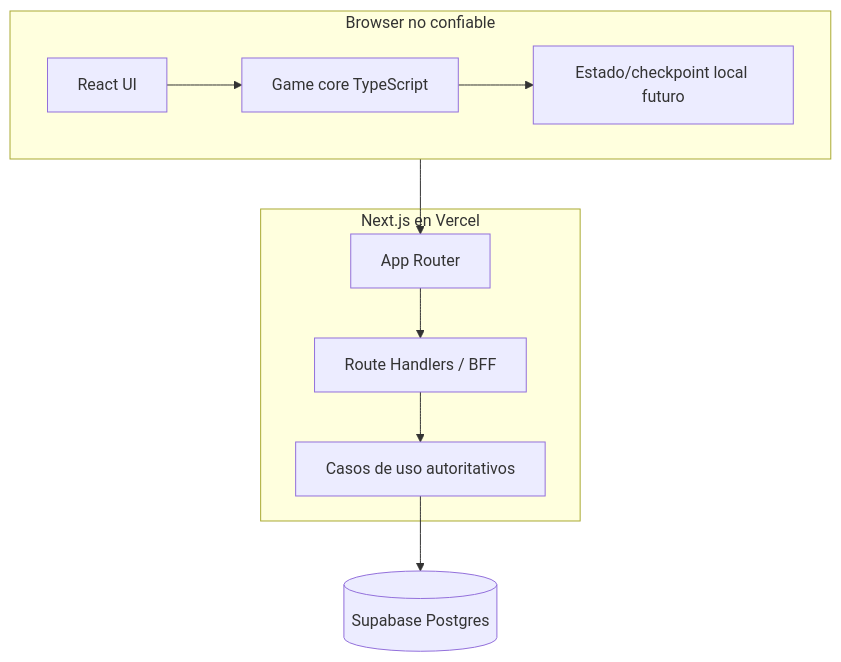
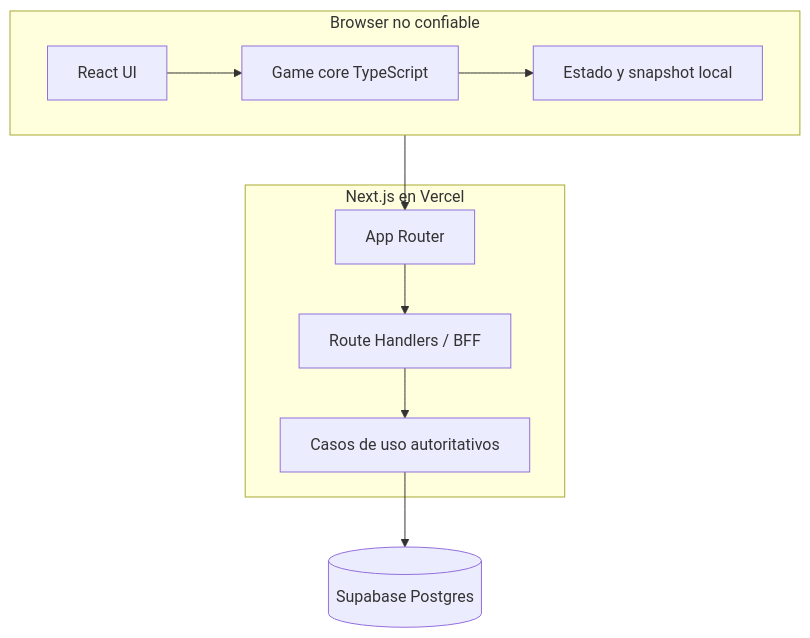
Before and after one commit to gastong256/mono256_egresado-game: the second of 3 diagrams in docs/03-architecture/architecture-overview.md, drawn with Mermaid. The commit also changed other lines of this file and 18 other files, not shown here.

````diff
--- a/docs/03-architecture/architecture-overview.md
+++ b/docs/03-architecture/architecture-overview.md
@@ -39,22 +39,22 @@
 ```mermaid
 flowchart TD
     subgraph Browser[Browser no confiable]
       UI[React UI]
       ENGINE[Game core TypeScript]
-      STATE[Estado/checkpoint local futuro]
+      STATE[Estado y snapshot local]
       UI --> ENGINE
       ENGINE --> STATE
     end
 
     subgraph Runtime[Next.js en Vercel]
       APP[App Router]
       ROUTES[Route Handlers / BFF]
       USECASES[Casos de uso autoritativos]
       APP --> ROUTES
       ROUTES --> USECASES
     end
 
     DB[(Supabase Postgres)]
     Browser --> APP
     USECASES --> DB
 ```
````
